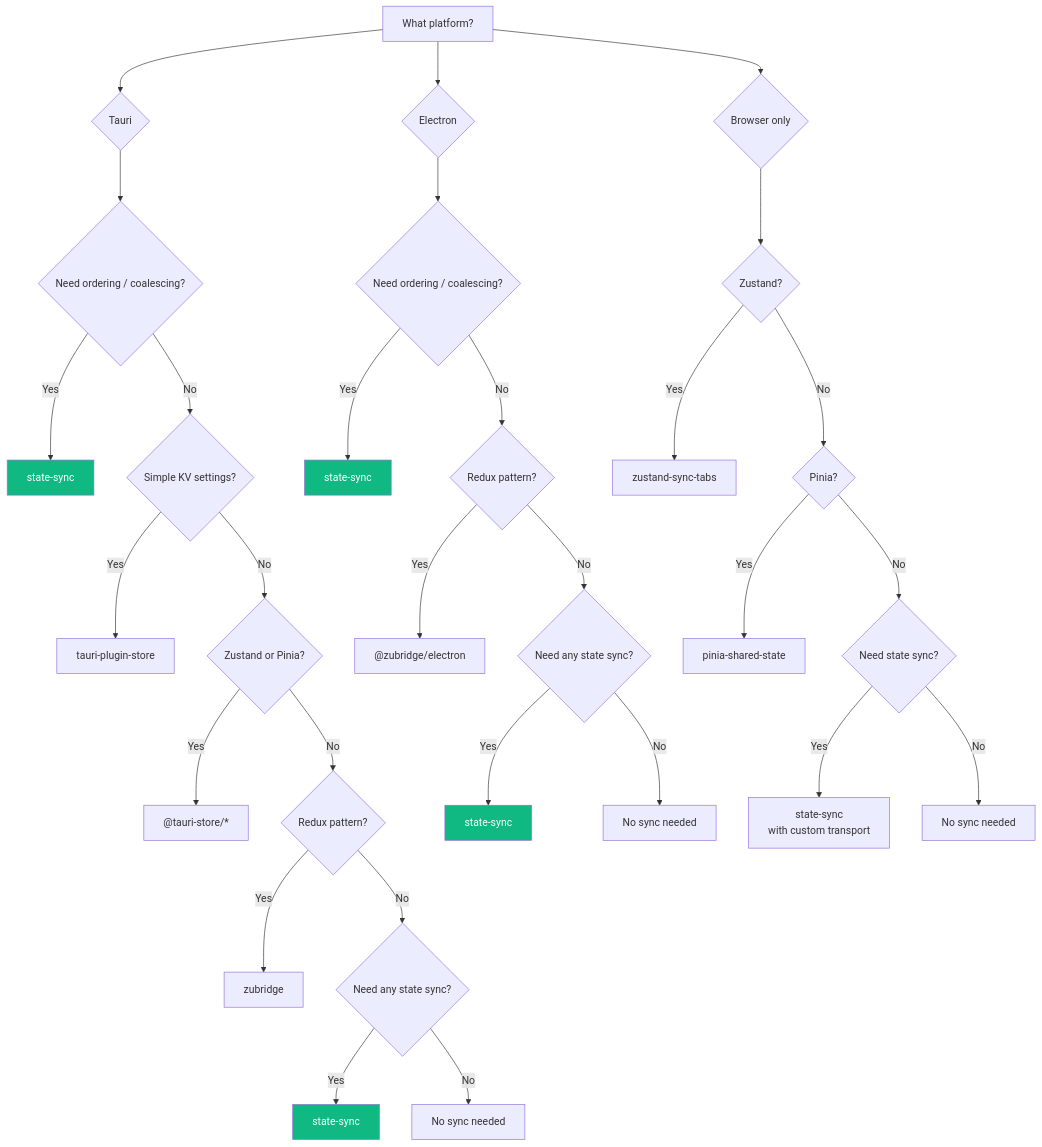
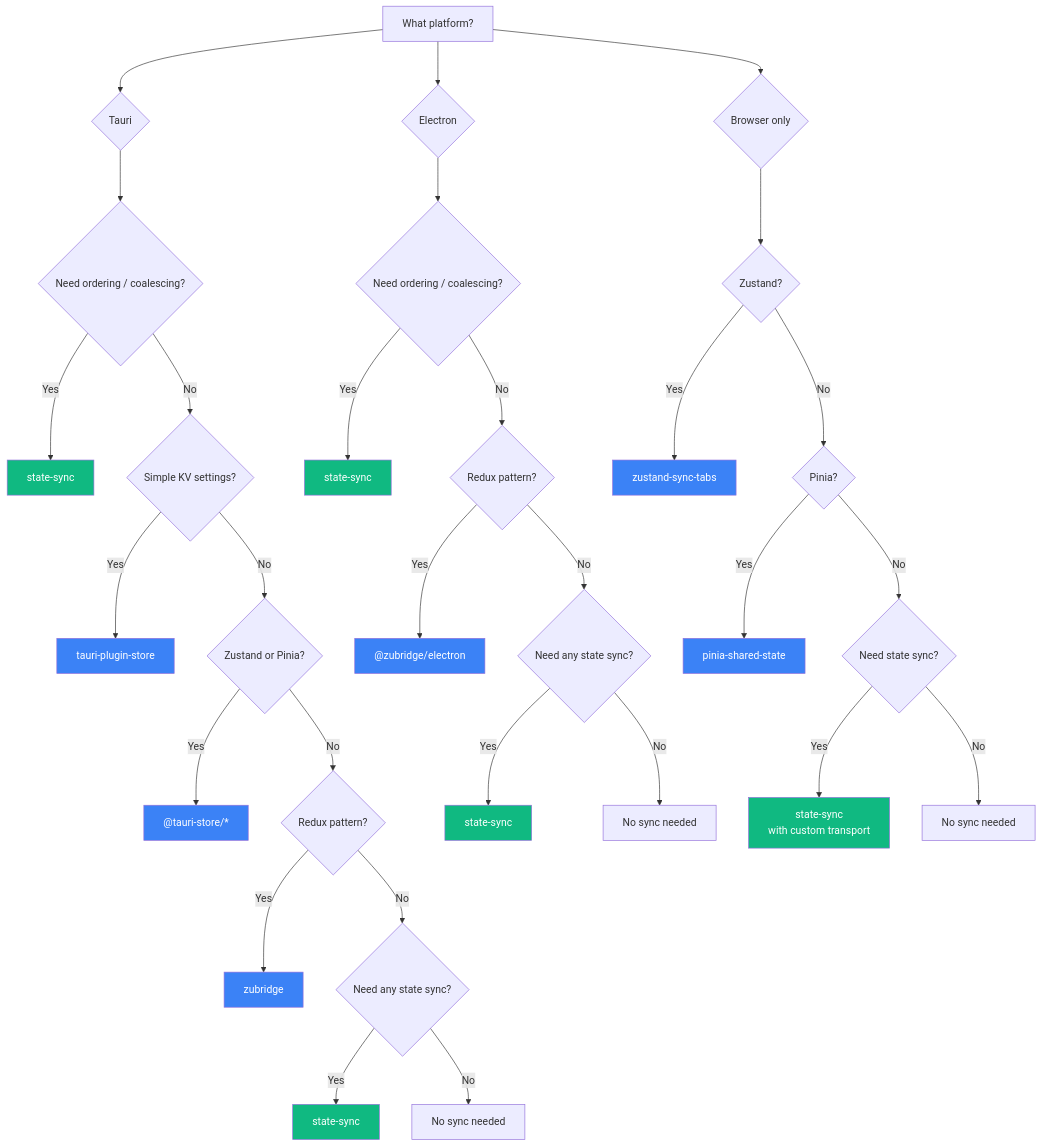
One commit to 777genius/state-sync changed the diagram in docs/comparison.md. Above: the diagram before and after it, drawn with Mermaid. The commit also changed other lines of this file, not shown here.

````diff
--- a/docs/comparison.md
+++ b/docs/comparison.md
@@ -376,39 +380,46 @@
 ```mermaid
 flowchart TD
     A[What platform?] --> B{Tauri}
     A --> C{Electron}
     A --> D{Browser only}
 
     B --> B1{Need ordering / coalescing?}
     B1 -->|Yes| SS1[state-sync]
     B1 -->|No| B2{Simple KV settings?}
     B2 -->|Yes| TPS[tauri-plugin-store]
     B2 -->|No| B3{Zustand or Pinia?}
     B3 -->|Yes| TS["@tauri-store/*"]
     B3 -->|No| B4{Redux pattern?}
     B4 -->|Yes| ZB1[zubridge]
     B4 -->|No| B5{Need any state sync?}
     B5 -->|Yes| SS2[state-sync]
     B5 -->|No| NS3[No sync needed]
 
     C --> C1{Need ordering / coalescing?}
     C1 -->|Yes| SS3[state-sync]
     C1 -->|No| C2{Redux pattern?}
     C2 -->|Yes| ZB2["@zubridge/electron"]
     C2 -->|No| C3{Need any state sync?}
     C3 -->|Yes| SS4[state-sync]
     C3 -->|No| NS1[No sync needed]
 
     D --> D1{Zustand?}
     D1 -->|Yes| ZST[zustand-sync-tabs]
     D1 -->|No| D2{Pinia?}
     D2 -->|Yes| PSS[pinia-shared-state]
     D2 -->|No| D3{Need state sync?}
     D3 -->|Yes| CSS["state-sync<br/>with custom transport"]
     D3 -->|No| NS2[No sync needed]
 
     style SS1 fill:#10b981,color:#fff
     style SS2 fill:#10b981,color:#fff
     style SS3 fill:#10b981,color:#fff
     style SS4 fill:#10b981,color:#fff
+    style CSS fill:#10b981,color:#fff
+    style TPS fill:#3b82f6,color:#fff
+    style TS fill:#3b82f6,color:#fff
+    style ZB1 fill:#3b82f6,color:#fff
+    style ZB2 fill:#3b82f6,color:#fff
+    style ZST fill:#3b82f6,color:#fff
+    style PSS fill:#3b82f6,color:#fff
 ```
````
